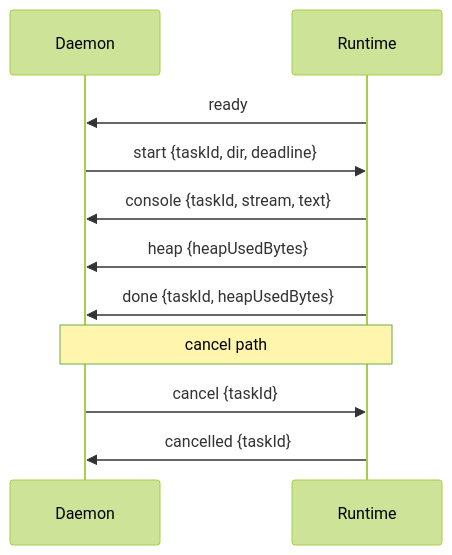
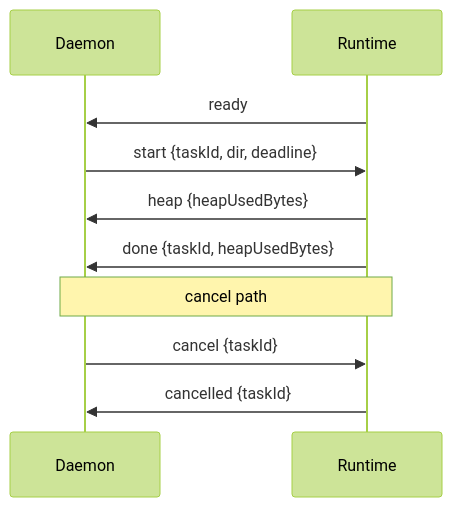
The fifth of 5 diagrams in docs/code-daemon.md (n8n-io/n8n-sandbox-service), drawn with Mermaid (forest theme) before and after one commit. The commit also changed other lines of this file, not shown here.

Commit message:
docs(codedaemon): move task console output into result.json (CET-692)

````diff
--- a/docs/code-daemon.md
+++ b/docs/code-daemon.md
@@ -232,13 +234,12 @@
 ```mermaid
 sequenceDiagram
     participant D as Daemon
     participant W as Runtime
     W->>D: ready
     D->>W: start {taskId, dir, deadline}
-    W->>D: console {taskId, stream, text}
     W->>D: heap {heapUsedBytes}
     W->>D: done {taskId, heapUsedBytes}
     Note over D,W: cancel path
     D->>W: cancel {taskId}
     W->>D: cancelled {taskId}
 ```
````
